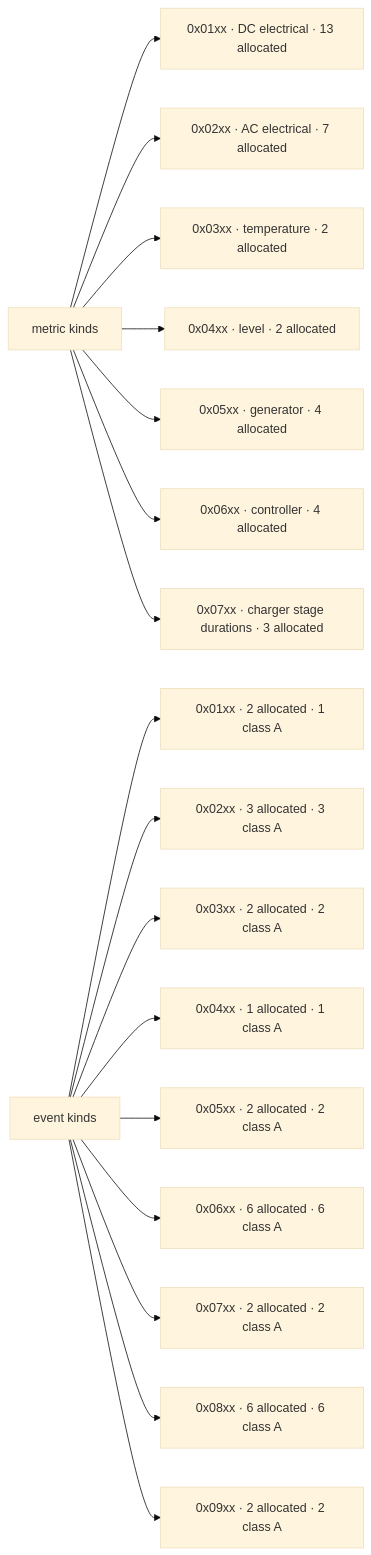
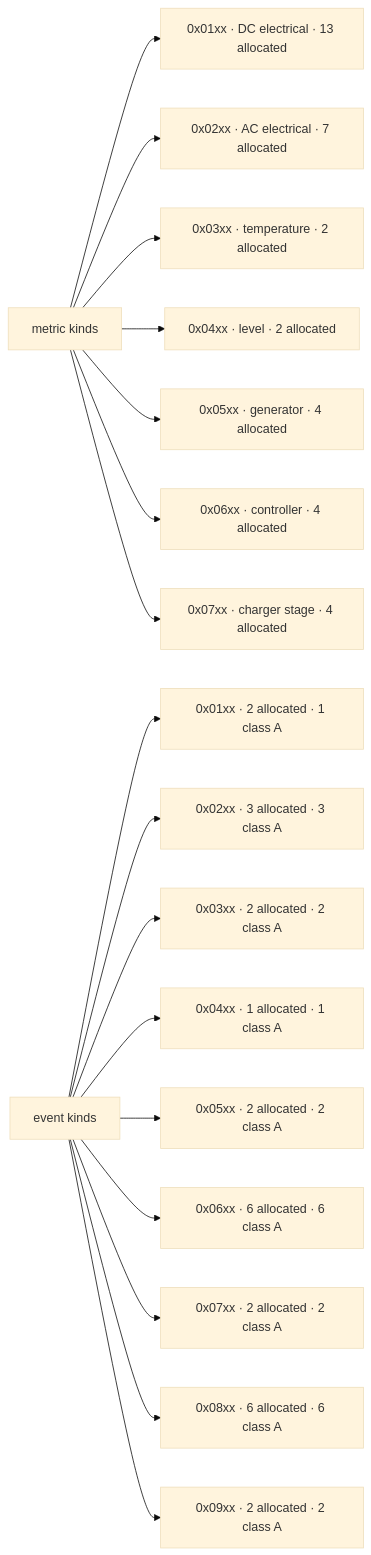
The second of 2 diagrams in docs/protocol/MAP.md (origin89hq/km43), drawn with Mermaid (base theme) before and after one commit. The commit also changed 13 other files, not shown here.

````diff
--- a/docs/protocol/MAP.md
+++ b/docs/protocol/MAP.md
@@ -134,21 +134,21 @@
 ```mermaid
 flowchart LR
   metrics["metric kinds"]
   events["event kinds"]
   metrics --> m1["0x01xx · DC electrical · 13 allocated"]
   metrics --> m2["0x02xx · AC electrical · 7 allocated"]
   metrics --> m3["0x03xx · temperature · 2 allocated"]
   metrics --> m4["0x04xx · level · 2 allocated"]
   metrics --> m5["0x05xx · generator · 4 allocated"]
   metrics --> m6["0x06xx · controller · 4 allocated"]
-  metrics --> m7["0x07xx · charger stage durations · 3 allocated"]
+  metrics --> m7["0x07xx · charger stage · 4 allocated"]
   events --> e1["0x01xx · 2 allocated · 1 class A"]
   events --> e2["0x02xx · 3 allocated · 3 class A"]
   events --> e3["0x03xx · 2 allocated · 2 class A"]
   events --> e4["0x04xx · 1 allocated · 1 class A"]
   events --> e5["0x05xx · 2 allocated · 2 class A"]
   events --> e6["0x06xx · 6 allocated · 6 class A"]
   events --> e7["0x07xx · 2 allocated · 2 class A"]
   events --> e8["0x08xx · 6 allocated · 6 class A"]
   events --> e9["0x09xx · 2 allocated · 2 class A"]
 ```
````
